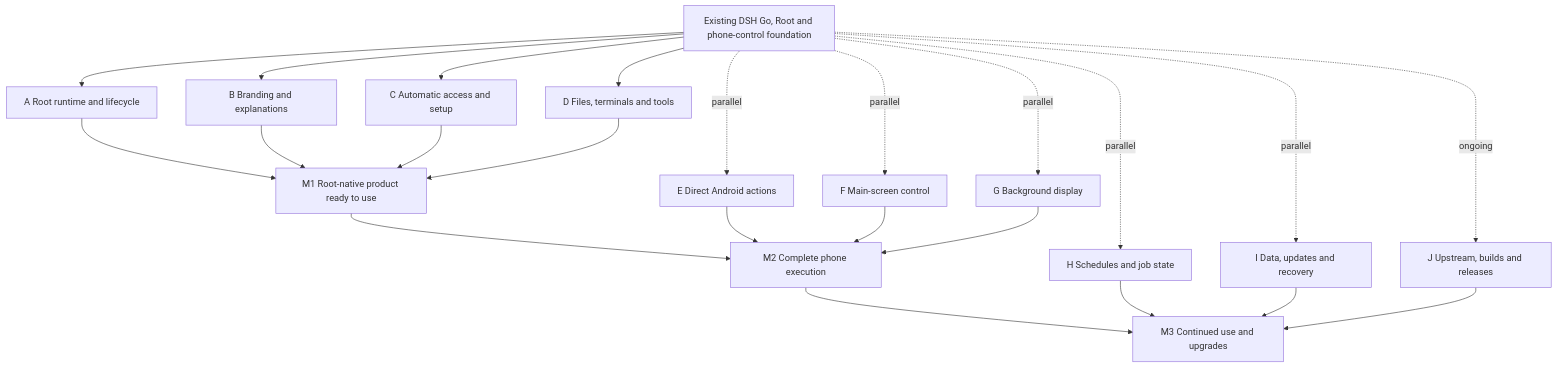
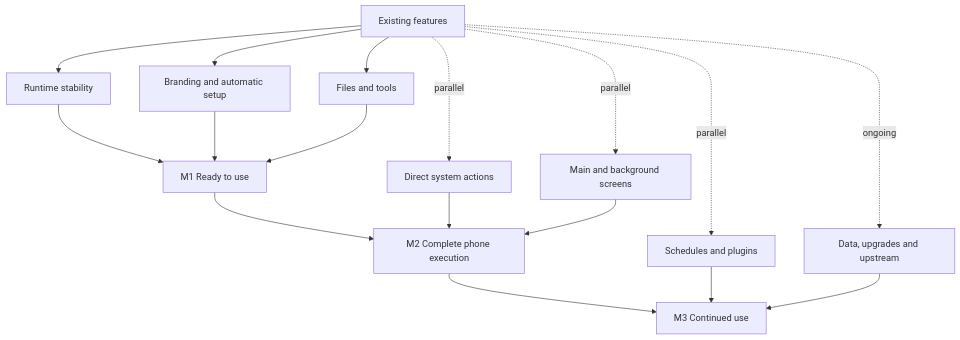
Before and after one commit to Rakanrkk/dsh-Su: the diagram in docs/dsh-su-roadmap.en.md, drawn with Mermaid. The commit also changed other lines of this file and 3 other files, not shown here.

Commit message:
docs: focus public roadmap on features and delivery

````diff
--- a/docs/dsh-su-roadmap.en.md
+++ b/docs/dsh-su-roadmap.en.md
@@ -49,26 +39,20 @@
 ```mermaid
 flowchart TB
-  S["Existing DSH Go, Root and phone-control foundation"]
-  S --> A["A Root runtime and lifecycle"]
-  S --> B["B Branding and explanations"]
-  S --> C["C Automatic access and setup"]
-  S --> D["D Files, terminals and tools"]
-  A --> M1["M1 Root-native product ready to use"]
+  S["Existing features"]
+  S --> A["Runtime stability"]
+  S --> B["Branding and automatic setup"]
+  S --> C["Files and tools"]
+  A --> M1["M1 Ready to use"]
   B --> M1
   C --> M1
-  D --> M1
-  S -.parallel.-> E["E Direct Android actions"]
-  S -.parallel.-> F["F Main-screen control"]
-  S -.parallel.-> G["G Background display"]
+  S -.parallel.-> D["Direct system actions"]
+  S -.parallel.-> E["Main and background screens"]
   M1 --> M2["M2 Complete phone execution"]
+  D --> M2
   E --> M2
-  F --> M2
-  G --> M2
-  S -.parallel.-> H["H Schedules and job state"]
-  S -.parallel.-> I["I Data, updates and recovery"]
-  S -.ongoing.-> J["J Upstream, builds and releases"]
-  M2 --> M3["M3 Continued use and upgrades"]
-  H --> M3
-  I --> M3
-  J --> M3
+  S -.parallel.-> F["Schedules and plugins"]
+  S -.ongoing.-> G["Data, upgrades and upstream"]
+  M2 --> M3["M3 Continued use"]
+  F --> M3
+  G --> M3
 ```
````
